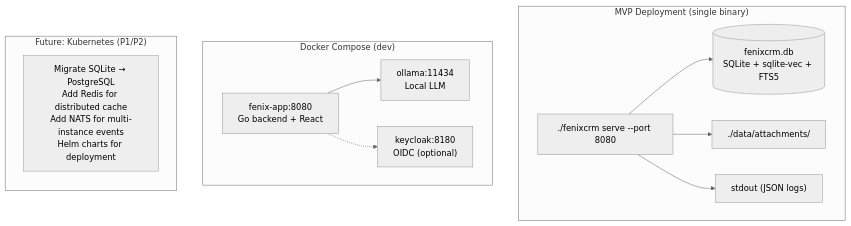
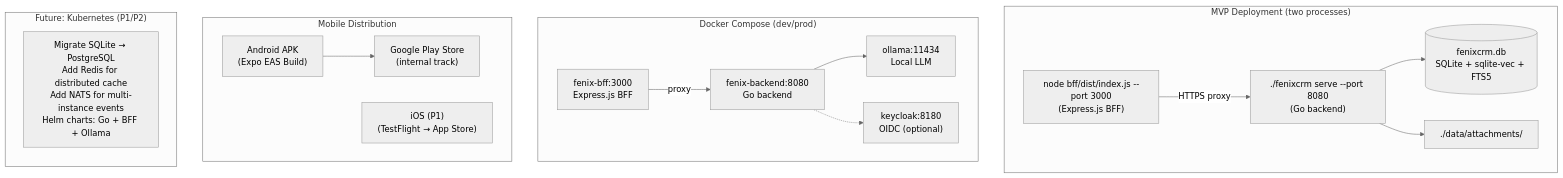
One commit to krukmat/fenix changed diagram 11 of 11 in docs/architecture.md. Above: the diagram before and after it, drawn with Mermaid (neutral theme). The commit also changed other lines of this file and 3 other files, not shown here.

First line of the commit message:
docs: redefine Phase 4 UI — React Native mobile + Express.js BFF

````diff
--- a/docs/architecture.md
+++ b/docs/architecture.md
@@ -1262,22 +1320,32 @@
 ```mermaid
 flowchart TB
-    subgraph MVP["MVP Deployment (single binary)"]
-        BIN["./fenixcrm serve --port 8080"]
+    subgraph MVP["MVP Deployment (two processes)"]
+        BIN["./fenixcrm serve --port 8080<br/>(Go backend)"]
+        BFF_PROC["node bff/dist/index.js --port 3000<br/>(Express.js BFF)"]
         BIN --> SQLITE_F[("fenixcrm.db<br/>SQLite + sqlite-vec + FTS5")]
         BIN --> FS_F["./data/attachments/"]
-        BIN --> STDOUT["stdout (JSON logs)"]
+        BFF_PROC -->|"HTTPS proxy"| BIN
     end
 
-    subgraph Docker["Docker Compose (dev)"]
-        APP["fenix-app:8080<br/>Go backend + React"]
+    subgraph Docker["Docker Compose (dev/prod)"]
+        APP_GO["fenix-backend:8080<br/>Go backend"]
+        APP_BFF["fenix-bff:3000<br/>Express.js BFF"]
         OLLAMA_D["ollama:11434<br/>Local LLM"]
         KC_D["keycloak:8180<br/>OIDC (optional)"]
-        APP --> OLLAMA_D
-        APP -.-> KC_D
+        APP_BFF -->|"proxy"| APP_GO
+        APP_GO --> OLLAMA_D
+        APP_GO -.-> KC_D
+    end
+
+    subgraph MobileDist["Mobile Distribution"]
+        APK["Android APK<br/>(Expo EAS Build)"]
+        PLAY["Google Play Store<br/>(internal track)"]
+        IOS["iOS (P1)<br/>(TestFlight → App Store)"]
+        APK --> PLAY
     end
 
     subgraph Future["Future: Kubernetes (P1/P2)"]
         direction TB
-        NOTE["Migrate SQLite → PostgreSQL<br/>Add Redis for distributed cache<br/>Add NATS for multi-instance events<br/>Helm charts for deployment"]
+        NOTE["Migrate SQLite → PostgreSQL<br/>Add Redis for distributed cache<br/>Add NATS for multi-instance events<br/>Helm charts: Go + BFF + Ollama"]
     end
 ```
````
